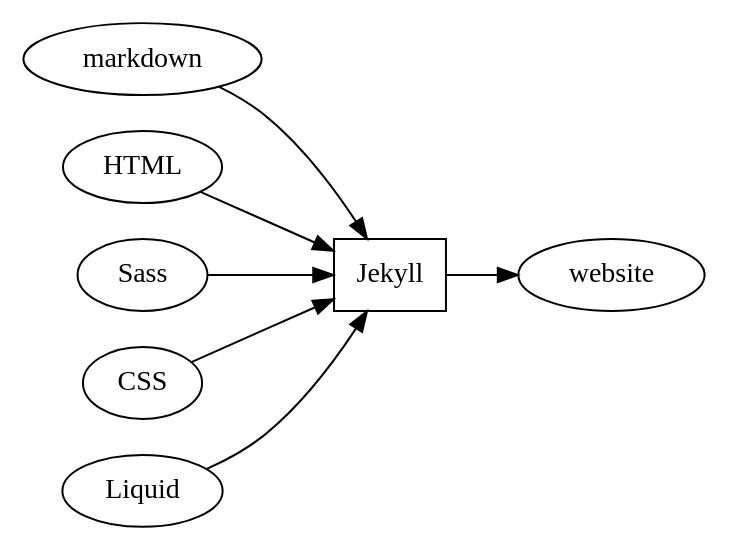
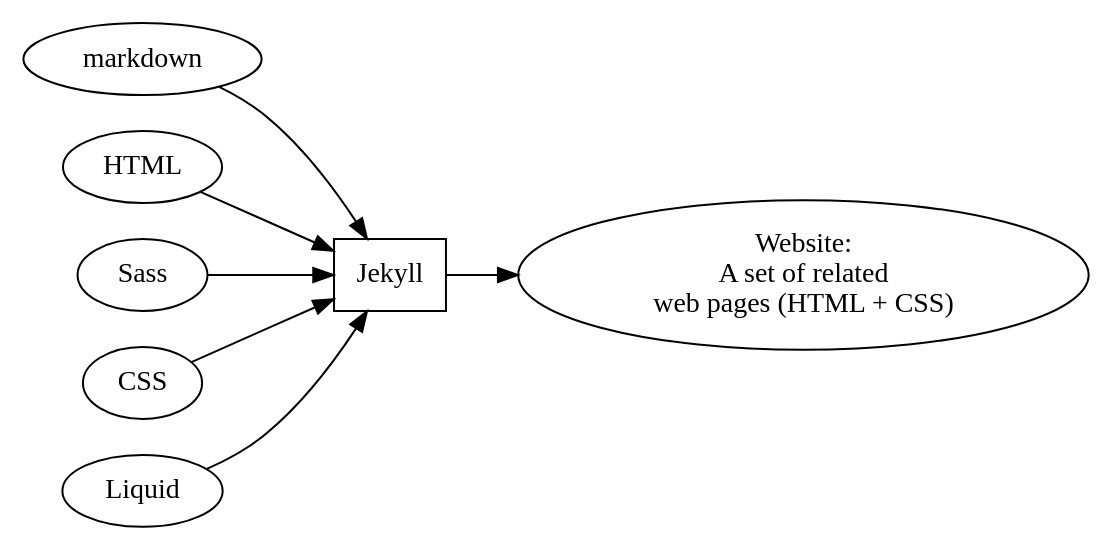
The second of 2 diagrams in bpw/gh-resume.org (gonsie/gonsie.github.io), drawn with Graphviz before and after one commit. The commit also changed other lines of this file and 2 other files, not shown here.

Commit message:
working on building a personal website session

```diff
--- a/bpw/gh-resume.org
+++ b/bpw/gh-resume.org
@@ -259,13 +269,14 @@
 #+BEGIN_SRC dot :file images/jekyll.png :cmdline -Kdot -Tpng
-digraph g {
-  rankdir = LR;
-  node [shape="box"];
-  Jekyll;
-  node [shape="ellipse"];
-  markdown -> Jekyll -> website;
-  HTML -> Jekyll;
-  Sass -> Jekyll
-  CSS -> Jekyll;
-  Liquid -> Jekyll;
-}
+  digraph g {
+    rankdir = LR;
+    node [shape="box"];
+    Jekyll;
+    node [shape="ellipse"];
+    website [label="Website:\nA set of related\nweb pages (HTML + CSS)"]
+    markdown -> Jekyll -> website;
+    HTML -> Jekyll;
+    Sass -> Jekyll
+    CSS -> Jekyll;
+    Liquid -> Jekyll;
+  }
 #+END_SRC
```
